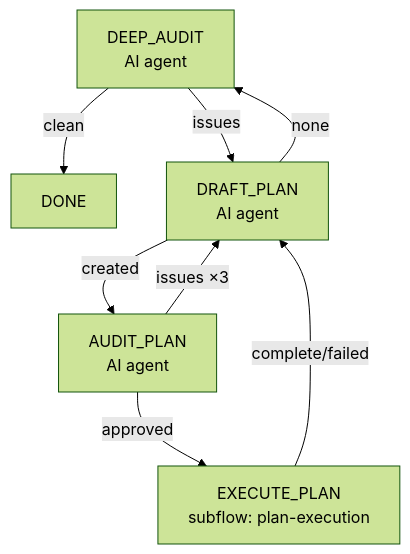
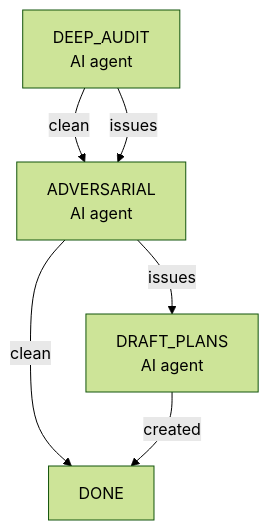
One commit to entropy-cloud/nop-entropy changed the third of 3 diagrams in ai-dev/design/opencode-goal-driver/goal-driver-flow-design.md. Above: the diagram before and after it, drawn with Mermaid (forest theme). The commit also changed other lines of this file and 52 other files, not shown here.

````diff
--- a/ai-dev/design/opencode-goal-driver/goal-driver-flow-design.md
+++ b/ai-dev/design/opencode-goal-driver/goal-driver-flow-design.md
@@ -141,13 +208,10 @@
 ```mermaid
 flowchart TD
-    DA["DEEP_AUDIT<br/>AI agent"] -->|clean| DONE
-    DA -->|issues| DP["DRAFT_PLAN<br/>AI agent"]
+    DA["DEEP_AUDIT<br/>AI agent"] -->|clean| AR["ADVERSARIAL<br/>AI agent"]
+    DA -->|issues| AR
 
-    DP -->|created| AP["AUDIT_PLAN<br/>AI agent"]
-    DP -->|none| DA
+    AR -->|clean| DONE
+    AR -->|issues| DP["DRAFT_PLANS<br/>AI agent"]
 
-    AP -->|approved| EP["EXECUTE_PLAN<br/>subflow: plan-execution"]
-    AP -->|issues ×3| DP
-
-    EP -->|complete/failed| DP
+    DP -->|created| DONE
 ```
````
